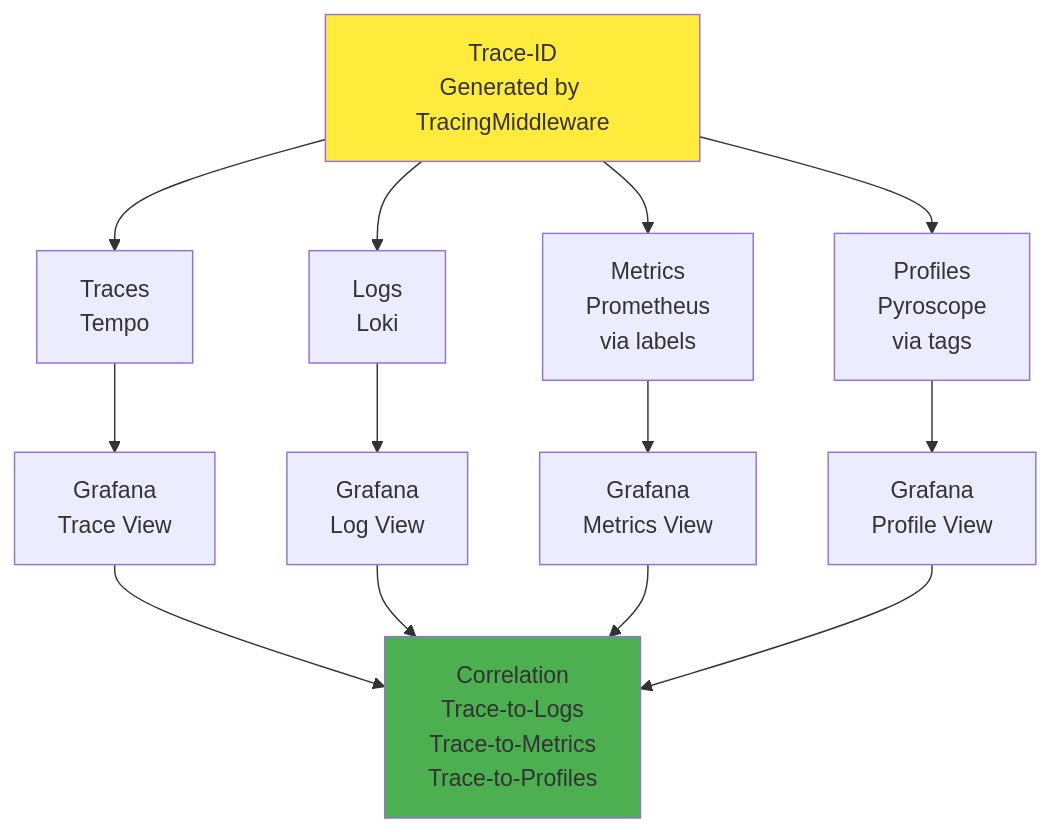
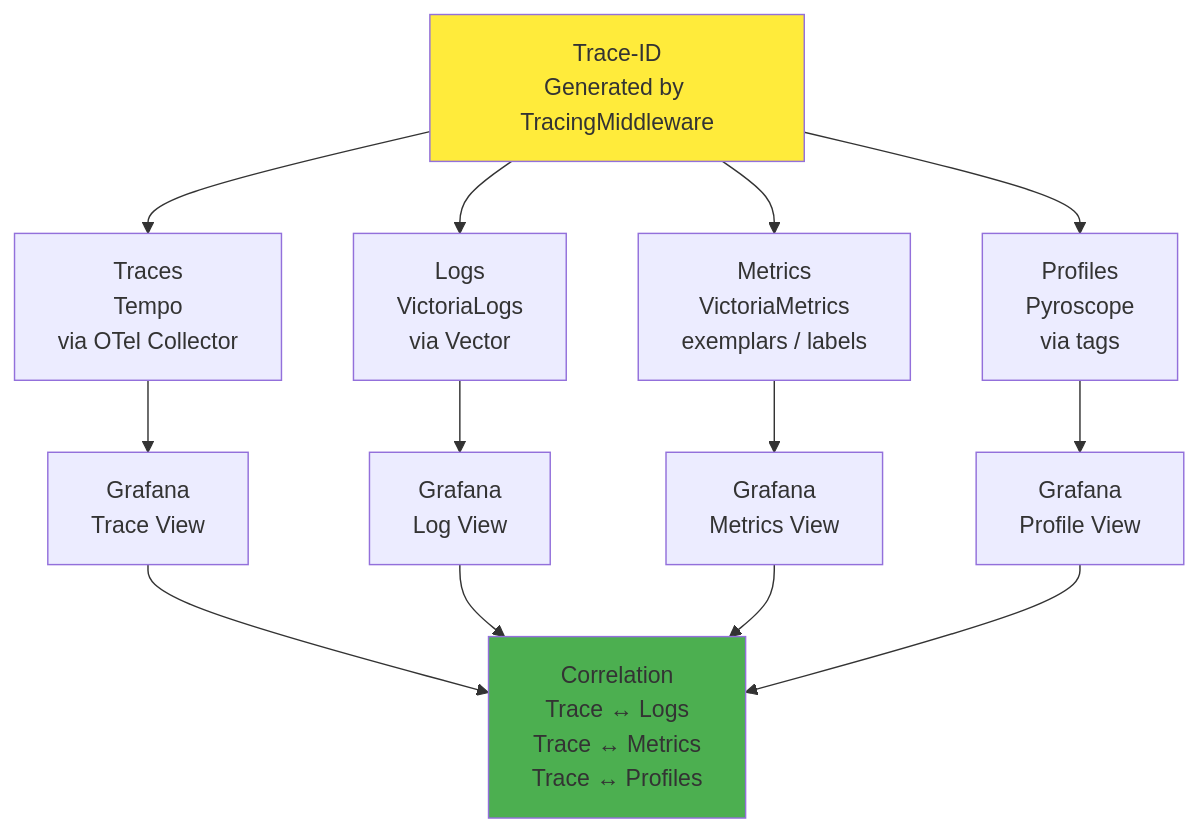
The sixth of 6 diagrams in docs/observability/architecture.md (duynhlab/homelab), drawn with Mermaid before and after one commit. The commit also changed other lines of this file and 2 other files, not shown here.

First line of the commit message:
Refresh observability architecture docs

````diff
--- a/docs/observability/architecture.md
+++ b/docs/observability/architecture.md
@@ -423,20 +458,20 @@
 ```mermaid
 graph TD
-    A[Trace-ID<br/>Generated by TracingMiddleware] --> B[Traces<br/>Tempo]
-    A --> C[Logs<br/>Loki]
-    A --> D[Metrics<br/>Prometheus<br/>via labels]
+    A[Trace-ID<br/>Generated by TracingMiddleware] --> B[Traces<br/>Tempo<br/>via OTel Collector]
+    A --> C[Logs<br/>VictoriaLogs<br/>via Vector]
+    A --> D[Metrics<br/>VictoriaMetrics<br/>exemplars / labels]
     A --> E[Profiles<br/>Pyroscope<br/>via tags]
-    
+
     B --> F[Grafana<br/>Trace View]
     C --> G[Grafana<br/>Log View]
     D --> H[Grafana<br/>Metrics View]
     E --> I[Grafana<br/>Profile View]
-    
-    F --> J[Correlation<br/>Trace-to-Logs<br/>Trace-to-Metrics<br/>Trace-to-Profiles]
+
+    F --> J[Correlation<br/>Trace ↔ Logs<br/>Trace ↔ Metrics<br/>Trace ↔ Profiles]
     G --> J
     H --> J
     I --> J
-    
+
     style A fill:#ffeb3b
     style J fill:#4caf50
 ```
````
